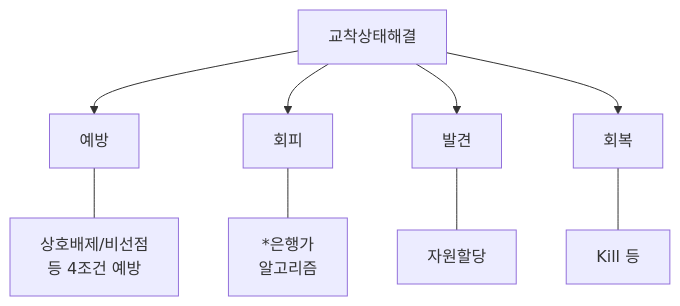
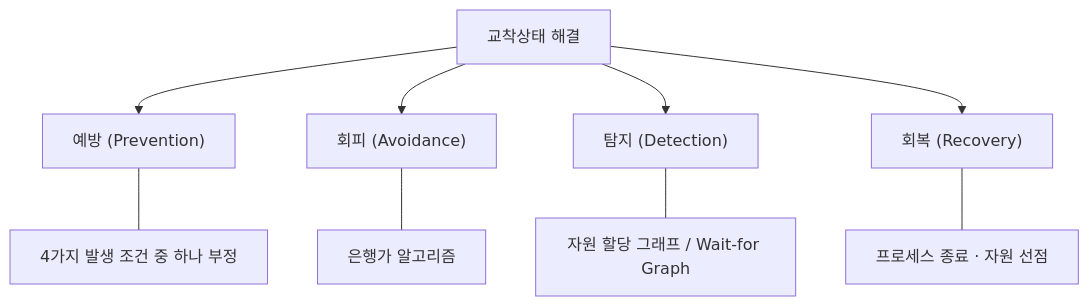
The first of 2 diagrams in content/01_IT Tech/은행가 알고리즘.md (supremethumb/supremethumb.github.io), drawn with Mermaid before and after one commit. The commit also changed other lines of this file and 1087 other files, not shown here.

````diff
--- a/content/01_IT Tech/은행가 알고리즘.md
+++ b/content/01_IT Tech/은행가 알고리즘.md
@@ -13,13 +30,11 @@
 ```mermaid
 graph TD
-    Root[교착상태해결] --> A[예방]
-    Root --> B[회피]
-    Root --> C[발견]
-    Root --> D[회복]
-    
-    A --- A1["상호배제/비선점<br>등 4조건 예방"]
-    B --- B1["*은행가<br>알고리즘"]
-    C --- C1[자원할당]
-    D --- D1[Kill 등]
-
+    Root["교착상태 해결"] --> A["예방 (Prevention)"]
+    Root --> B["회피 (Avoidance)"]
+    Root --> C["탐지 (Detection)"]
+    Root --> D["회복 (Recovery)"]
+    A --- A1["4가지 발생 조건 중 하나 부정"]
+    B --- B1["은행가 알고리즘"]
+    C --- C1["자원 할당 그래프 / Wait-for Graph"]
+    D --- D1["프로세스 종료 · 자원 선점"]
 ```
````
